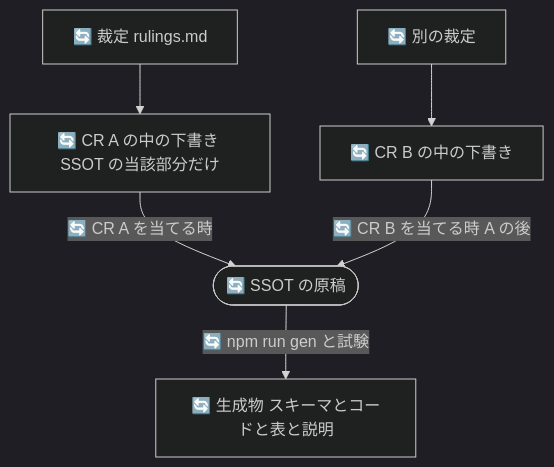
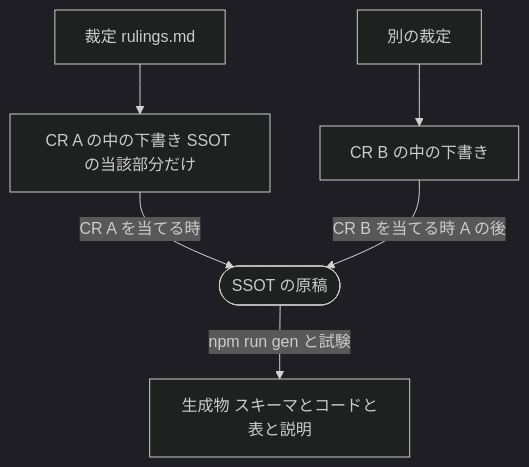
One commit to GoodRelax/gr-scheduler changed the second of 2 diagrams in studies/76-grs-json-beta-shape/terms/12-ssot-questions.md. Above: the diagram before and after it, drawn with Mermaid (dark theme). The commit also changed other lines of this file, not shown here.

First line of the commit message:
Answer the key-as-term idea and the one-step idea on the SSOT sheet (questions 1-4, 1-5)

````diff
--- a/studies/76-grs-json-beta-shape/terms/12-ssot-questions.md
+++ b/studies/76-grs-json-beta-shape/terms/12-ssot-questions.md
@@ -59,8 +59,8 @@
 ```mermaid
 graph TD
-  ruling[🔄 裁定 rulings.md] --> draftA[🔄 CR A の中の下書き SSOT の当該部分だけ]
-  ruling2[🔄 別の裁定] --> draftB[🔄 CR B の中の下書き]
-  draftA -->|🔄 CR A を当てる時| ssot([🔄 SSOT の原稿])
-  draftB -->|🔄 CR B を当てる時 A の後| ssot
-  ssot -->|🔄 npm run gen と試験| out[🔄 生成物 スキーマとコードと表と説明]
+  ruling[裁定 rulings.md] --> draftA[CR A の中の下書き SSOT の当該部分だけ]
+  ruling2[別の裁定] --> draftB[CR B の中の下書き]
+  draftA -->|CR A を当てる時| ssot([SSOT の原稿])
+  draftB -->|CR B を当てる時 A の後| ssot
+  ssot -->|npm run gen と試験| out[生成物 スキーマとコードと表と説明]
 ```
````
